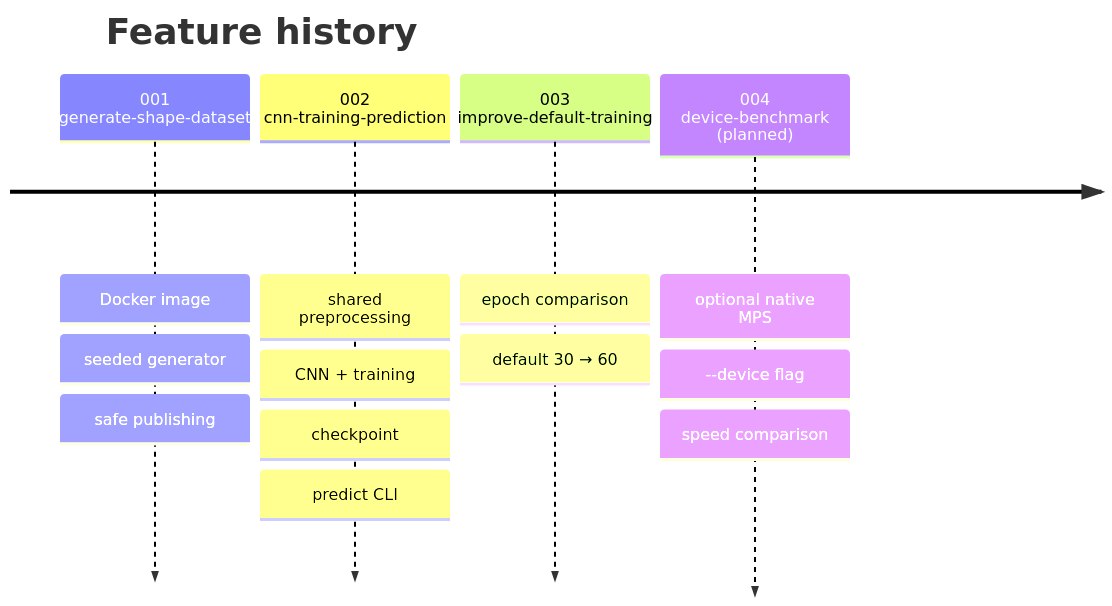
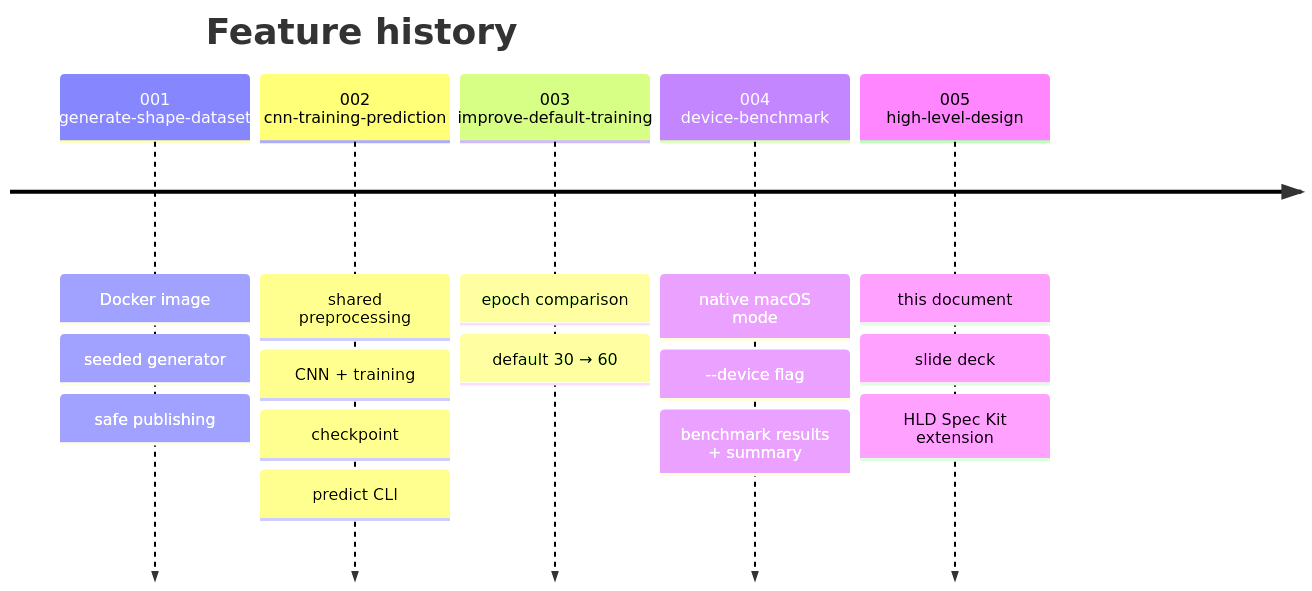
Diagram 14 of 14 in CNN/image_classification/docs/hld/hld.md (nal/ML), drawn with Mermaid before and after one commit. The commit also changed other lines of this file and 1 other file, not shown here.

First line of the commit message:
docs(hld): refresh design and slides for device benchmark

````diff
--- a/CNN/image_classification/docs/hld/hld.md
+++ b/CNN/image_classification/docs/hld/hld.md
@@ -372,8 +473,9 @@
 ```mermaid
 timeline
   title Feature history
   001 generate-shape-dataset : Docker image : seeded generator : safe publishing
   002 cnn-training-prediction : shared preprocessing : CNN + training : checkpoint : predict CLI
   003 improve-default-training : epoch comparison : default 30 → 60
-  004 device-benchmark (planned) : optional native MPS : --device flag : speed comparison
+  004 device-benchmark : native macOS mode : --device flag : benchmark results + summary
+  005 high-level-design : this document : slide deck : HLD Spec Kit extension
 ```
````
